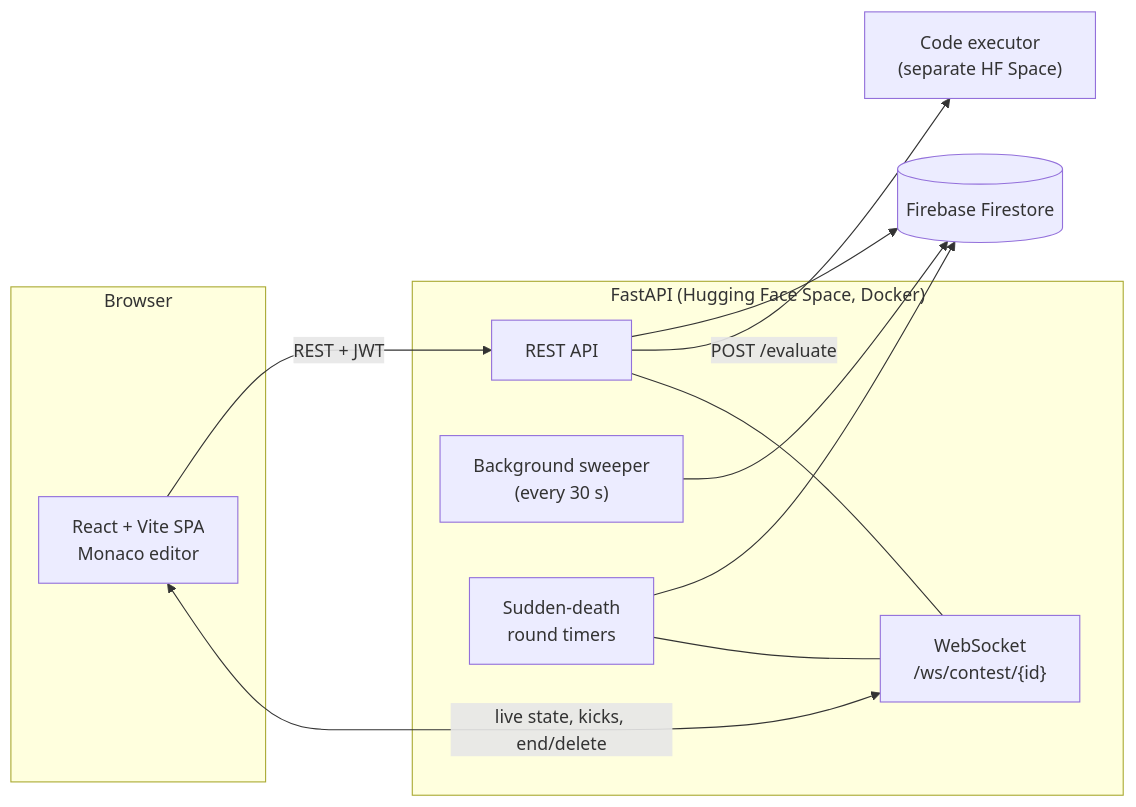
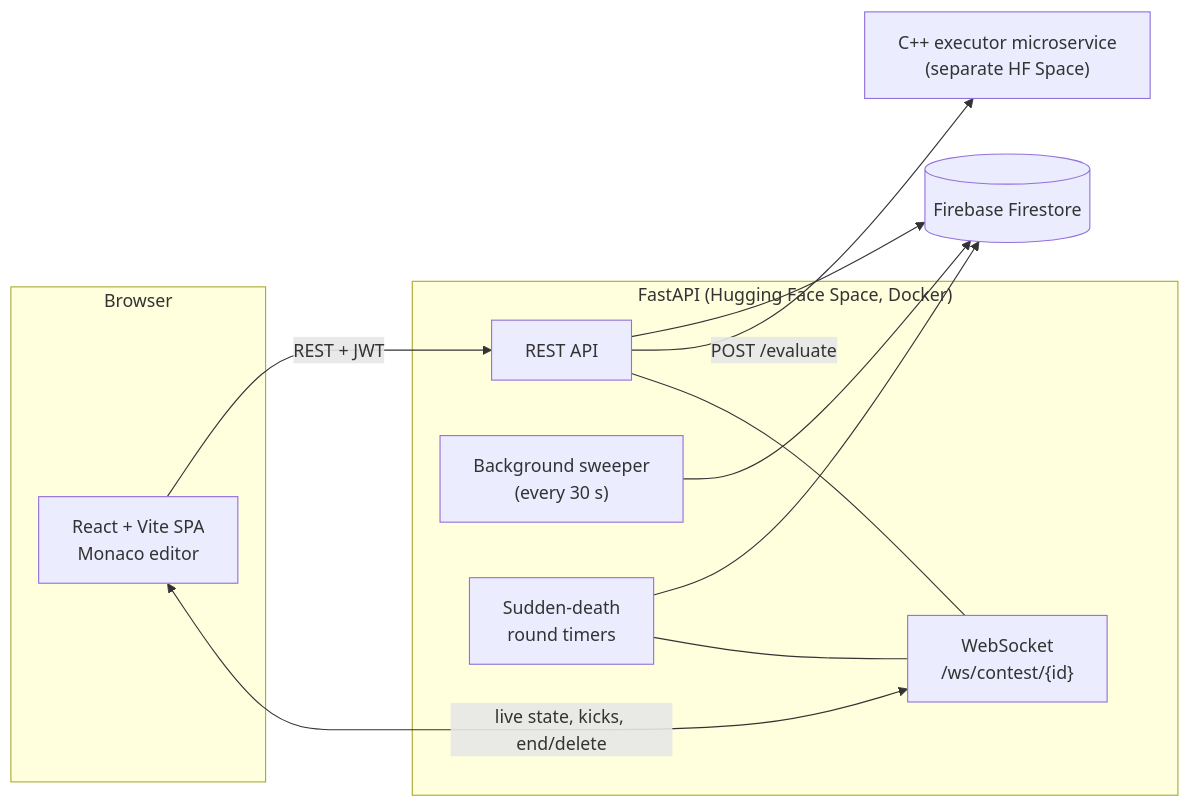
Before and after one commit to SanjayMarathi/CompiCode: the second of 2 diagrams in README.md, drawn with Mermaid. The commit also changed other lines of this file and 8 other files, not shown here.

First line of the commit message:
feat: wrong answers cost points; executor rewritten as a C++ microservice

````diff
--- a/README.md
+++ b/README.md
@@ -201,23 +201,23 @@
 ```mermaid
 flowchart LR
     subgraph Browser
       UI["React + Vite SPA<br/>Monaco editor"]
     end
     subgraph "FastAPI (Hugging Face Space, Docker)"
       API["REST API"]
       WS["WebSocket<br/>/ws/contest/{id}"]
       SW["Background sweeper<br/>(every 30 s)"]
       SD["Sudden-death<br/>round timers"]
     end
     DB[("Firebase Firestore")]
-    EX["Code executor<br/>(separate HF Space)"]
+    EX["C++ executor microservice<br/>(separate HF Space)"]
 
     UI -- "REST + JWT" --> API
     UI <-- "live state, kicks, end/delete" --> WS
     API --> DB
     SW --> DB
     SD --> DB
     API -- "POST /evaluate" --> EX
     API --- WS
     SD --- WS
 ```
````
